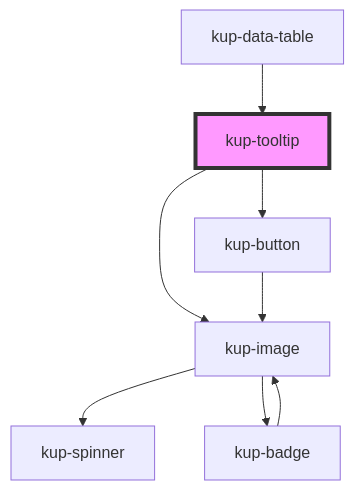
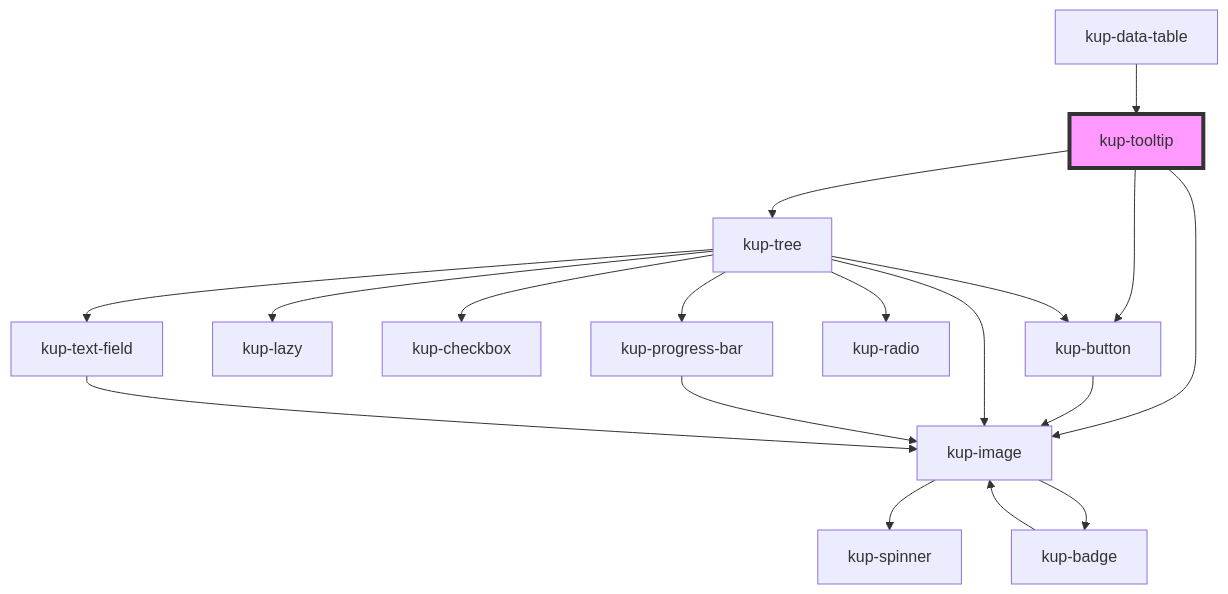
Before and after one commit to smeup/ketchup: the diagram in packages/ketchup/src/components/kup-tooltip/readme.md, drawn with Mermaid. The commit also changed other lines of this file and 10 other files, not shown here.

Commit message:
kup-tooltip: managed one component for data table, manage showing cell options

````diff
--- a/packages/ketchup/src/components/kup-tooltip/readme.md
+++ b/packages/ketchup/src/components/kup-tooltip/readme.md
@@ -45,11 +46,21 @@
 ```mermaid
 graph TD;
   kup-tooltip --> kup-button
   kup-tooltip --> kup-image
+  kup-tooltip --> kup-tree
   kup-button --> kup-image
   kup-image --> kup-spinner
   kup-image --> kup-badge
   kup-badge --> kup-image
+  kup-tree --> kup-button
+  kup-tree --> kup-lazy
+  kup-tree --> kup-checkbox
+  kup-tree --> kup-image
+  kup-tree --> kup-progress-bar
+  kup-tree --> kup-radio
+  kup-tree --> kup-text-field
+  kup-progress-bar --> kup-image
+  kup-text-field --> kup-image
   kup-data-table --> kup-tooltip
   style kup-tooltip fill:#f9f,stroke:#333,stroke-width:4px
 ```
````
